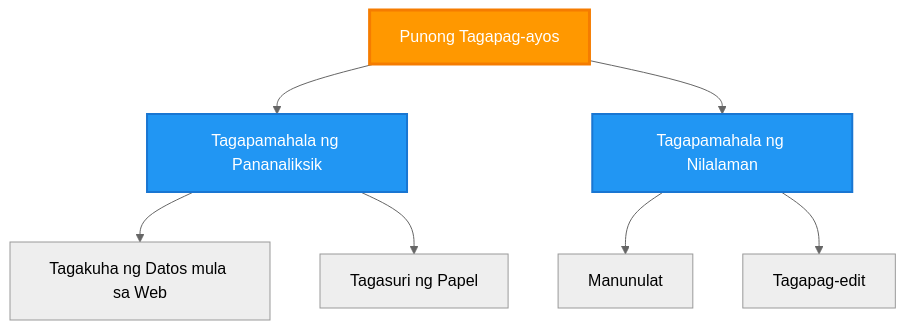
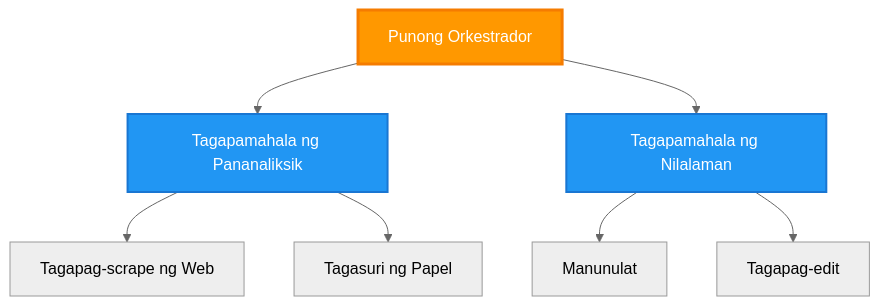
One commit to microsoft/AZD-for-beginners changed the second of 5 diagrams in translations/tl/docs/chapter-06-pre-deployment/coordination-patterns.md. Above: the diagram before and after it, drawn with Mermaid (neutral theme). The commit also changed other lines of this file and 101 other files, not shown here.

````diff
--- a/translations/tl/docs/chapter-06-pre-deployment/coordination-patterns.md
+++ b/translations/tl/docs/chapter-06-pre-deployment/coordination-patterns.md
@@ -149,21 +143,21 @@
 ```mermaid
 graph TB
-    Master[Punong Tagapag-ayos]
+    Master[Punong Orkestrador]
     Manager1[Tagapamahala ng Pananaliksik]
     Manager2[Tagapamahala ng Nilalaman]
-    W1[Tagakuha ng Datos mula sa Web]
+    W1[Tagapag-scrape ng Web]
     W2[Tagasuri ng Papel]
     W3[Manunulat]
     W4[Tagapag-edit]
     
     Master --> Manager1
     Master --> Manager2
     Manager1 --> W1
     Manager1 --> W2
     Manager2 --> W3
     Manager2 --> W4
     
     style Master fill:#FF9800,stroke:#F57C00,stroke-width:3px,color:#fff
     style Manager1 fill:#2196F3,stroke:#1976D2,stroke-width:2px,color:#fff
     style Manager2 fill:#2196F3,stroke:#1976D2,stroke-width:2px,color:#fff
 ```
````
